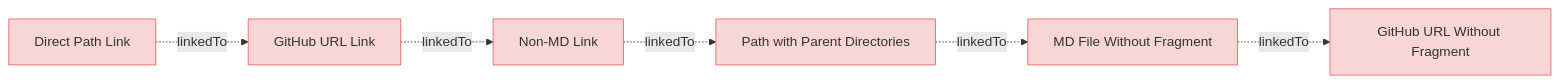
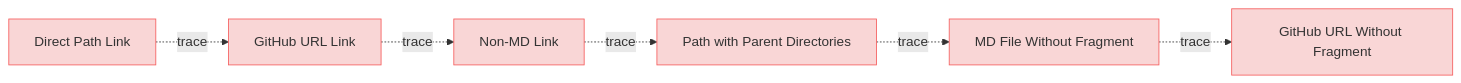
Before and after one commit to reqvire-org/reqvire: the diagram in tests/test-html-export/specifications/Subfolder/MixedLinkTypes.md, drawn with Mermaid. The commit also changed other lines of this file and 64 other files, not shown here.

````diff
--- a/tests/test-html-export/specifications/Subfolder/MixedLinkTypes.md
+++ b/tests/test-html-export/specifications/Subfolder/MixedLinkTypes.md
@@ -6,38 +6,38 @@
 ```mermaid
 graph LR;
   %% Graph styling
   classDef requirement fill:#f9d6d6,stroke:#f55f5f,stroke-width:1px;
   classDef verification fill:#d6f9d6,stroke:#5fd75f,stroke-width:1px;
   classDef externalLink fill:#d0e0ff,stroke:#3080ff,stroke-width:1px;
   classDef default fill:#f5f5f5,stroke:#333333,stroke-width:1px;
 
   req1["Direct Path Link"];
   click req1 "TestRequirements.md#test-requirement-1";
   class req1 requirement;
   
   req2["GitHub URL Link"];
   click req2 "https://github.com/user/repo/blob/main/specifications/TestRequirements.md#test-requirement-1";
   class req2 requirement;
   
   req3["Non-MD Link"];
   click req3 "https://github.com/user/repo/blob/main/src/main.rs";
   class req3 requirement;
   
   req4["Path with Parent Directories"];
   click req4 "../TestRequirements.md#test-requirement-2";
   class req4 requirement;
   
   req5["MD File Without Fragment"];
   click req5 "TestRequirements.md";
   class req5 requirement;
   
   req6["GitHub URL Without Fragment"];
   click req6 "https://github.com/user/repo/blob/main/specifications/TestRequirements.md";
   class req6 requirement;
   
-  req1 -.->|linkedTo| req2;
-  req2 -.->|linkedTo| req3;
-  req3 -.->|linkedTo| req4;
-  req4 -.->|linkedTo| req5;
-  req5 -.->|linkedTo| req6;
+  req1 -.->|trace| req2;
+  req2 -.->|trace| req3;
+  req3 -.->|trace| req4;
+  req4 -.->|trace| req5;
+  req5 -.->|trace| req6;
 ```
````
